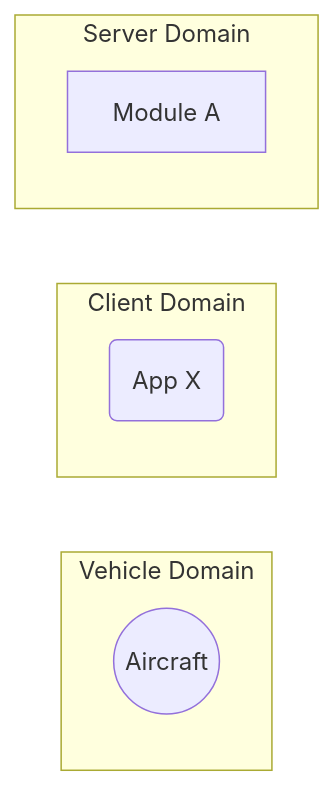
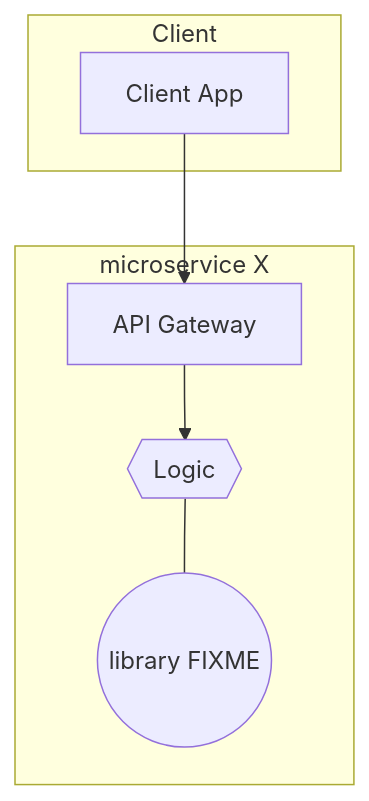
The diagram in docs/sdd.md (Arrow-air/template-rust-lib), drawn with Mermaid before and after one commit. The commit also changed other lines of this file and 7 other files, not shown here.

````diff
--- a/docs/sdd.md
+++ b/docs/sdd.md
@@ -57,14 +43,16 @@
 ```mermaid
-graph LR
-    subgraph Vehicle Domain
-        air((Aircraft))
+graph TD
+    subgraph Client
+        client[Client App]
     end
 
-    subgraph Client Domain
-        app(App X)
+    subgraph microservice X
+        api[API Gateway]
+        logic{{Logic}}
+        lib((library FIXME))
     end
 
-    subgraph Server Domain
-        module[Module A]
-    end
+    client --> api
+    api --> logic
+    logic --- lib
 ```
````
